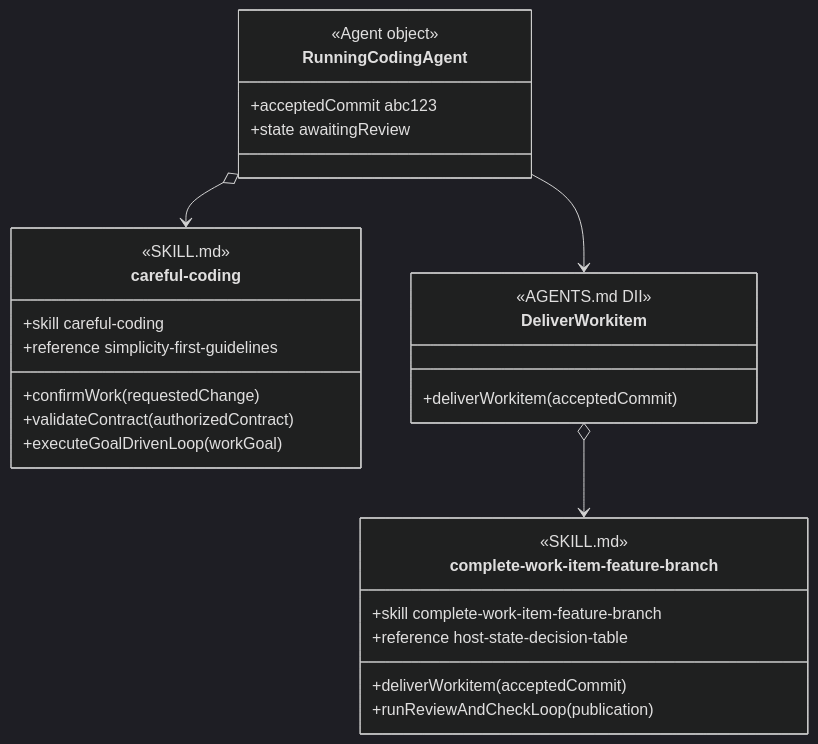
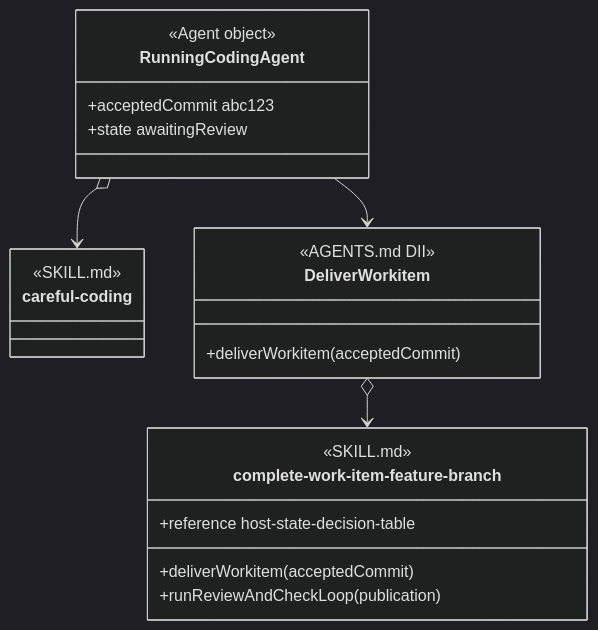
One commit to martinbechard/dev-methodology changed the tenth of 11 diagrams in design/object-oriented-agent-and-skill-model.md. Above: the diagram before and after it, drawn with Mermaid (dark theme). The commit also changed other lines of this file and 2 other files, not shown here.

Commit message:
Clarify whole-skill and work-item DII notation

````diff
--- a/design/object-oriented-agent-and-skill-model.md
+++ b/design/object-oriented-agent-and-skill-model.md
@@ -590,38 +578,32 @@
 ```mermaid
 classDiagram
     direction TB
 
     class RunningCodingAgent {
         <<Agent object>>
         +acceptedCommit abc123
         +state awaitingReview
     }
 
     class careful-coding {
         <<SKILL.md>>
         <<Agent Skill>>
-        +skill careful-coding
-        +confirmWork(requestedChange)
-        +validateContract(authorizedContract)
-        +executeGoalDrivenLoop(workGoal)
-        +reference simplicity-first-guidelines
     }
 
     class DeliverWorkitem {
         <<AGENTS.md DII>>
         +deliverWorkitem(acceptedCommit)
     }
 
     class complete-work-item-feature-branch {
         <<SKILL.md>>
         <<Injectable Skill>>
-        +skill complete-work-item-feature-branch
         +deliverWorkitem(acceptedCommit)
         +runReviewAndCheckLoop(publication)
         +reference host-state-decision-table
     }
 
     RunningCodingAgent o--> careful-coding
     RunningCodingAgent --> DeliverWorkitem
     DeliverWorkitem o--> complete-work-item-feature-branch
 ```
````
